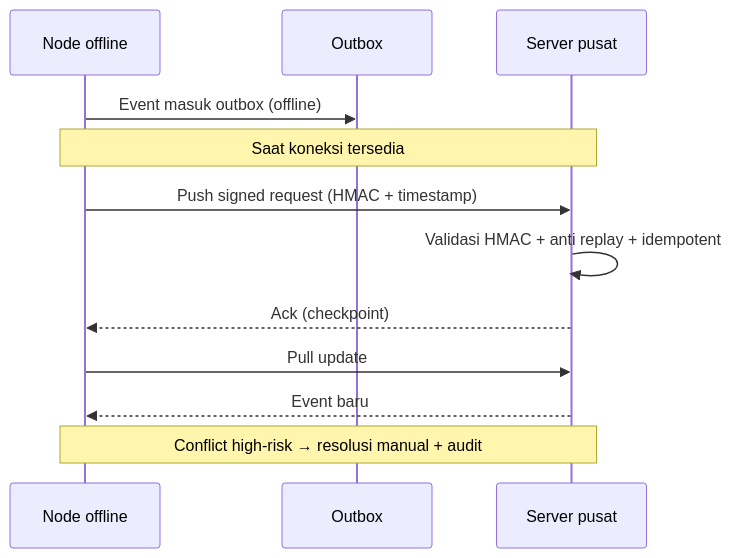
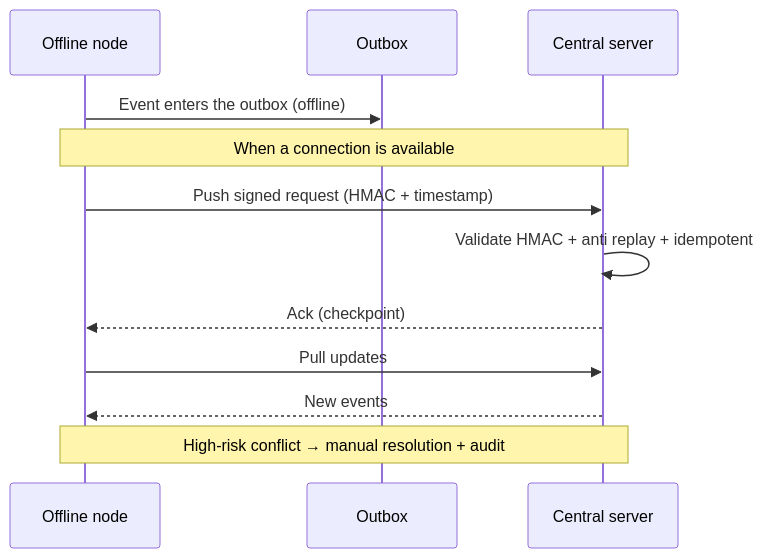
One commit to ahliweb/awcms changed the fourth of 5 diagrams in docs/awcms/08_sop_operasional_user_guide.md. Above: the diagram before and after it, drawn with Mermaid. The commit also changed other lines of this file and 603 other files, not shown here.

````diff
--- a/docs/awcms/08_sop_operasional_user_guide.md
+++ b/docs/awcms/08_sop_operasional_user_guide.md
@@ -391,14 +393,14 @@
 ```mermaid
 sequenceDiagram
-  participant N as Node offline
+  participant N as Offline node
   participant O as Outbox
-  participant S as Server pusat
-  N->>O: Event masuk outbox (offline)
-  Note over N,S: Saat koneksi tersedia
+  participant S as Central server
+  N->>O: Event enters the outbox (offline)
+  Note over N,S: When a connection is available
   N->>S: Push signed request (HMAC + timestamp)
-  S->>S: Validasi HMAC + anti replay + idempotent
+  S->>S: Validate HMAC + anti replay + idempotent
   S-->>N: Ack (checkpoint)
-  N->>S: Pull update
-  S-->>N: Event baru
-  Note over N,S: Conflict high-risk → resolusi manual + audit
+  N->>S: Pull updates
+  S-->>N: New events
+  Note over N,S: High-risk conflict → manual resolution + audit
 ```
````
